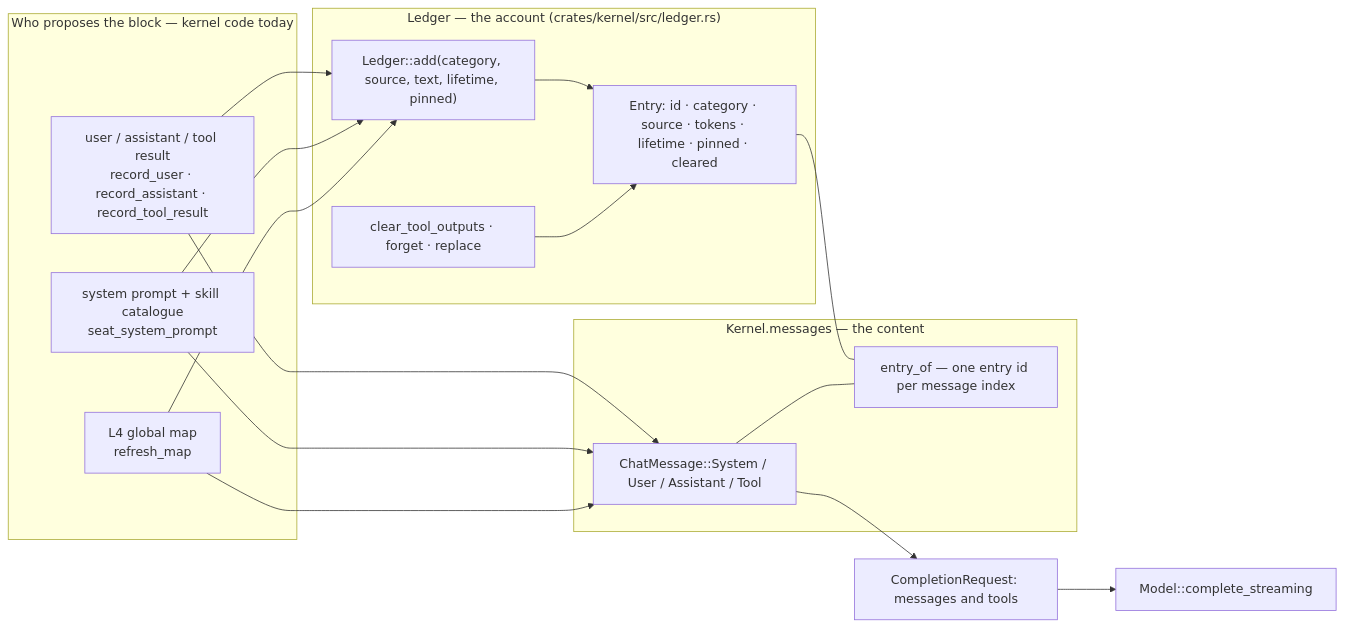
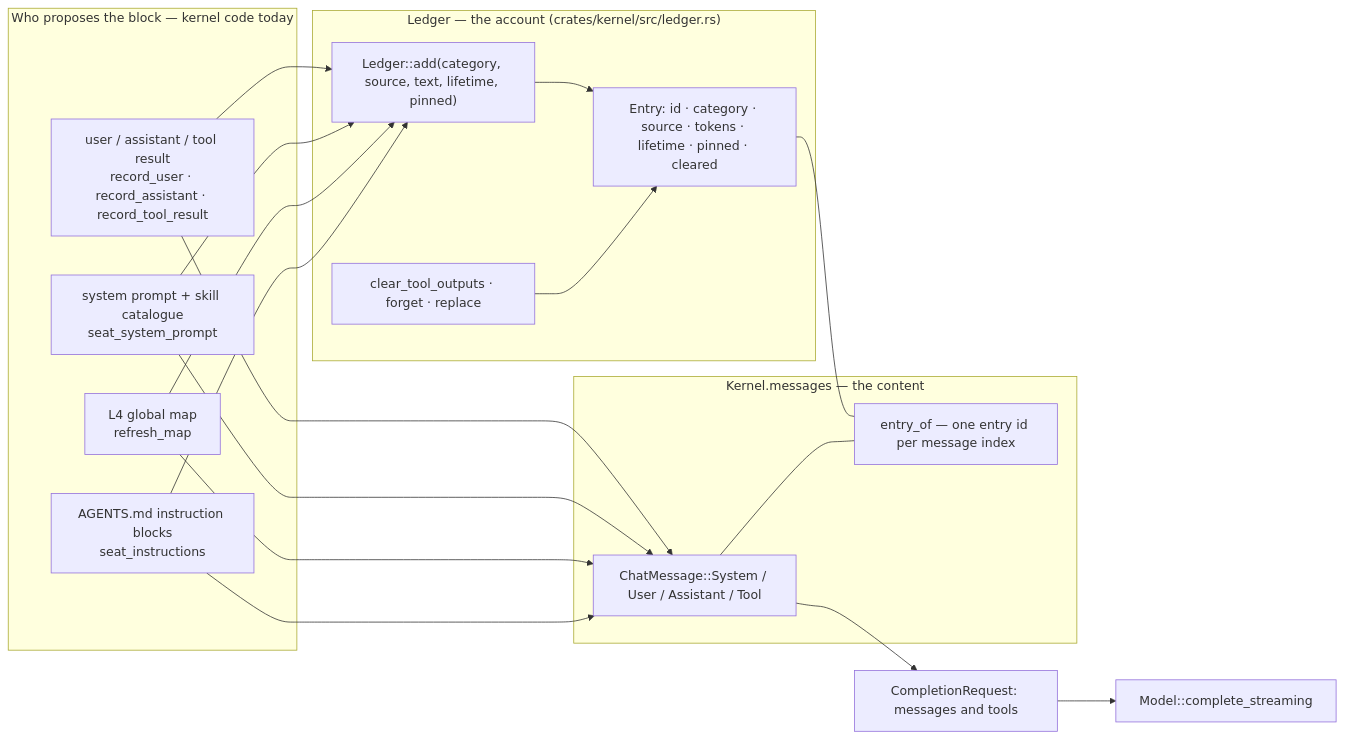
Before and after one commit to fengchangfight/loongagent: the diagram in docs/design/context-ledger.md, drawn with Mermaid. The commit also changed other lines of this file and 17 other files, not shown here.

First line of the commit message:
feat(instructions): load AGENTS.md from user, project and local scopes

````diff
--- a/docs/design/context-ledger.md
+++ b/docs/design/context-ledger.md
@@ -27,32 +28,35 @@
 ```mermaid
 flowchart LR
     subgraph who["Who proposes the block — kernel code today"]
         P1["user / assistant / tool result<br/>record_user · record_assistant · record_tool_result"]
         P2["system prompt + skill catalogue<br/>seat_system_prompt"]
         P3["L4 global map<br/>refresh_map"]
+        P4["AGENTS.md instruction blocks<br/>seat_instructions"]
     end
     subgraph led["Ledger — the account (crates/kernel/src/ledger.rs)"]
         ADD["Ledger::add(category, source, text, lifetime, pinned)"]
         ENT["Entry: id · category · source · tokens · lifetime · pinned · cleared"]
         MUT["clear_tool_outputs · forget · replace"]
     end
     subgraph msg["Kernel.messages — the content"]
         MSG["ChatMessage::System / User / Assistant / Tool"]
         IDX["entry_of — one entry id per message index"]
     end
     REQ["CompletionRequest: messages and tools"]
     MODEL["Model::complete_streaming"]
 
     P1 --> ADD
     P2 --> ADD
     P3 --> ADD
+    P4 --> ADD
     ADD --> ENT
     MUT --> ENT
     P1 --> MSG
     P2 --> MSG
     P3 --> MSG
+    P4 --> MSG
     ENT --- IDX
     MSG --- IDX
     MSG --> REQ
     REQ --> MODEL
 ```
````
